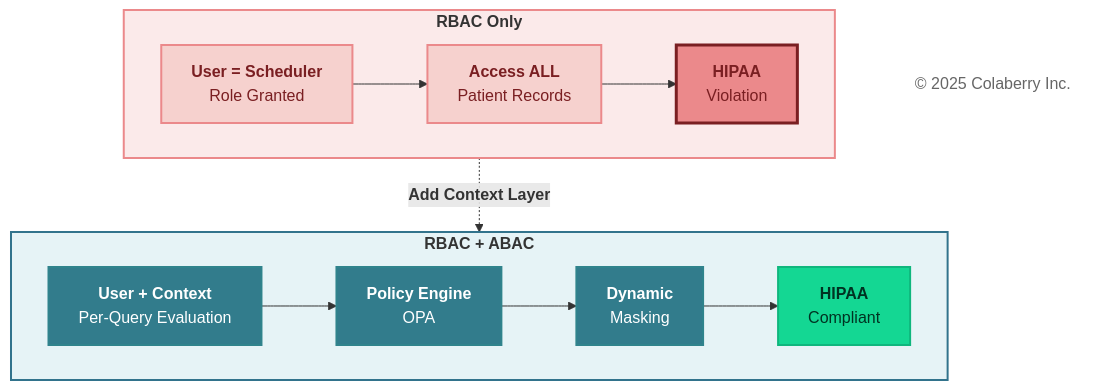
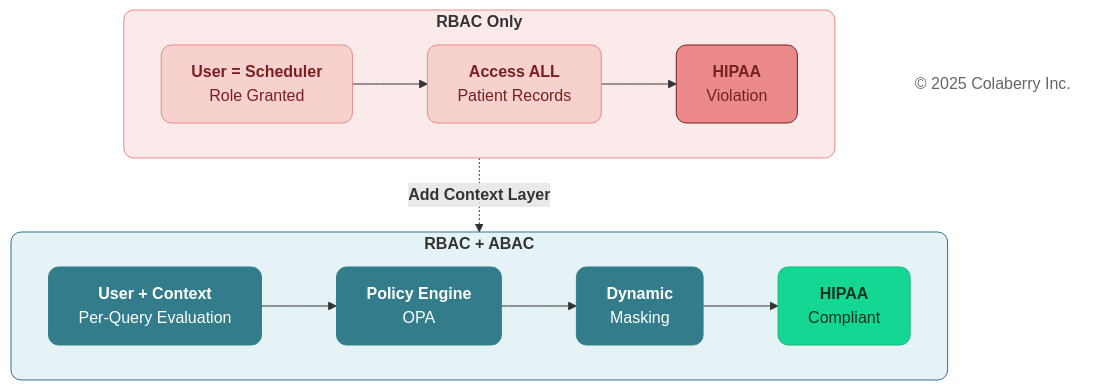
One commit to colaberry/trust-before-intelligence-book changed the ninth of 12 diagrams in manuscript/03_chapter_2_inpact_framework.md. Above: the diagram before and after it, drawn with Mermaid. The commit also changed other lines of this file and 12 other files, not shown here.

````diff
--- a/manuscript/03_chapter_2_inpact_framework.md
+++ b/manuscript/03_chapter_2_inpact_framework.md
@@ -630,39 +630,39 @@
 ```mermaid
 graph TB
     subgraph ERA1["<b>RBAC Only</b>"]
         direction LR
         A1["<b>User = Scheduler</b><br/>Role Granted"]
         B1["<b>Access ALL</b><br/>Patient Records"]
         D1["<b>HIPAA</b><br/>Violation"]
         
         A1 --> B1 --> D1
     end
     
     ERA1 -.->|<b>Add Context Layer</b>| ERA2
     
     subgraph ERA2["<b>RBAC + ABAC</b>"]
         direction LR
         A2["<b>User + Context</b><br/>Per-Query Evaluation"]
         B2["<b>Policy Engine</b><br/>OPA"]
         C2["<b>Dynamic</b><br/>Masking"]
         D2["<b>HIPAA</b><br/>Compliant"]
         
         A2 --> B2 --> C2 --> D2
     end
 
 
-    style ERA1 fill:#FBEAEA,stroke:#EB898B,stroke-width:2px
-    style A1 fill:#F6D1CE,stroke:#EB898B,stroke-width:2px,color:#7A1F22
-    style B1 fill:#F6D1CE,stroke:#EB898B,stroke-width:2px,color:#7A1F22
-    style D1 fill:#EB898B,stroke:#7A1F22,stroke-width:3px,color:#7A1F22
+    style ERA1 fill:#FBEAEA,stroke:#EB898B,stroke-width:1px,rx:10,ry:10
+    style A1 fill:#F6D1CE,stroke:#EB898B,stroke-width:1px,color:#7A1F22,rx:10,ry:10
+    style B1 fill:#F6D1CE,stroke:#EB898B,stroke-width:1px,color:#7A1F22,rx:10,ry:10
+    style D1 fill:#EB898B,stroke:#7A1F22,stroke-width:1px,color:#7A1F22,rx:10,ry:10
 
-    style ERA2 fill:#E6F3F6,stroke:#32738C,stroke-width:2px
-    style A2 fill:#327C8C,stroke:#30838C,stroke-width:2px,color:#ffffff
-    style B2 fill:#327C8C,stroke:#30838C,stroke-width:2px,color:#ffffff
-    style C2 fill:#327C8C,stroke:#30838C,stroke-width:2px,color:#ffffff
+    style ERA2 fill:#E6F3F6,stroke:#32738C,stroke-width:1px,rx:10,ry:10,rx:10,ry:10
+    style A2 fill:#327C8C,stroke:#30838C,stroke-width:1px,color:#ffffff,rx:10,ry:10
+    style B2 fill:#327C8C,stroke:#30838C,stroke-width:1px,color:#ffffff,rx:10,ry:10
+    style C2 fill:#327C8C,stroke:#30838C,stroke-width:1px,color:#ffffff,rx:10,ry:10
 
-    style D2 fill:#14D793,stroke:#0FB67D,stroke-width:2px,color:#003322
+    style D2 fill:#14D793,stroke:#0FB67D,stroke-width:1px,color:#003322,rx:10,ry:10
 
     Copyright["© 2025 Colaberry Inc."]
-    style Copyright fill:#ffffff,stroke:none,color:#666666
+    style Copyright fill:none,stroke:none,color:#666666
 ```
````
